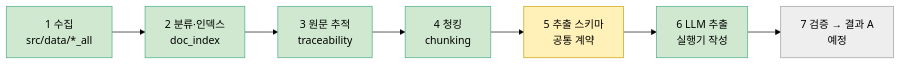
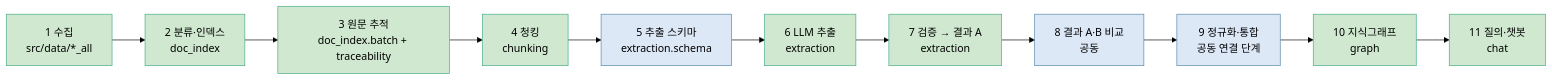
Before and after one commit to encore-ai-campus/mle-02-p2-team3: the first of 2 diagrams in src/card_benefit/payment_card/file_pipeline/README.md, drawn with Mermaid (forest theme). The commit also changed other lines of this file and 7 other files, not shown here.

First line of the commit message:
file_pipeline: 폴더 지도 갱신(README), chat·extraction 설명서 신설, 파일럿 기록을 extraction 아래로 이동

````diff
--- a/src/card_benefit/payment_card/file_pipeline/README.md
+++ b/src/card_benefit/payment_card/file_pipeline/README.md
@@ -16,15 +15,17 @@
 ```mermaid
 flowchart LR
     A[1 수집<br/>src/data/*_all] --> B[2 분류·인덱스<br/>doc_index]
-    B --> C[3 원문 추적<br/>traceability]
+    B --> C[3 원문 추적<br/>doc_index.batch + traceability]
     C --> D[4 청킹<br/>chunking]
-    D --> O[5 추출 스키마<br/>공통 계약]
-    O --> E[6 LLM 추출<br/>실행기 작성]
-    E --> F[7 검증 → 결과 A<br/>예정]
+    D --> O[5 추출 스키마<br/>extraction.schema]
+    O --> E[6 LLM 추출<br/>extraction]
+    E --> F[7 검증 → 결과 A<br/>extraction]
+    F --> CMP[8 결과 A·B 비교<br/>공동]
+    CMP --> N[9 정규화·통합<br/>공동 연결 단계]
+    N --> G[10 지식그래프<br/>graph]
+    G --> H[11 질의·챗봇<br/>chat]
     classDef done fill:#cfe8cf,stroke:#4a8
-    classDef doing fill:#fff1b8,stroke:#c90
-    classDef todo fill:#eee,stroke:#999
-    class A,B,C,D,E done
-    class O doing
-    class F todo
+    classDef shared fill:#dde8f7,stroke:#58a
+    class A,B,C,D,E,F,G,H done
+    class O,N,CMP shared
 ```
````
